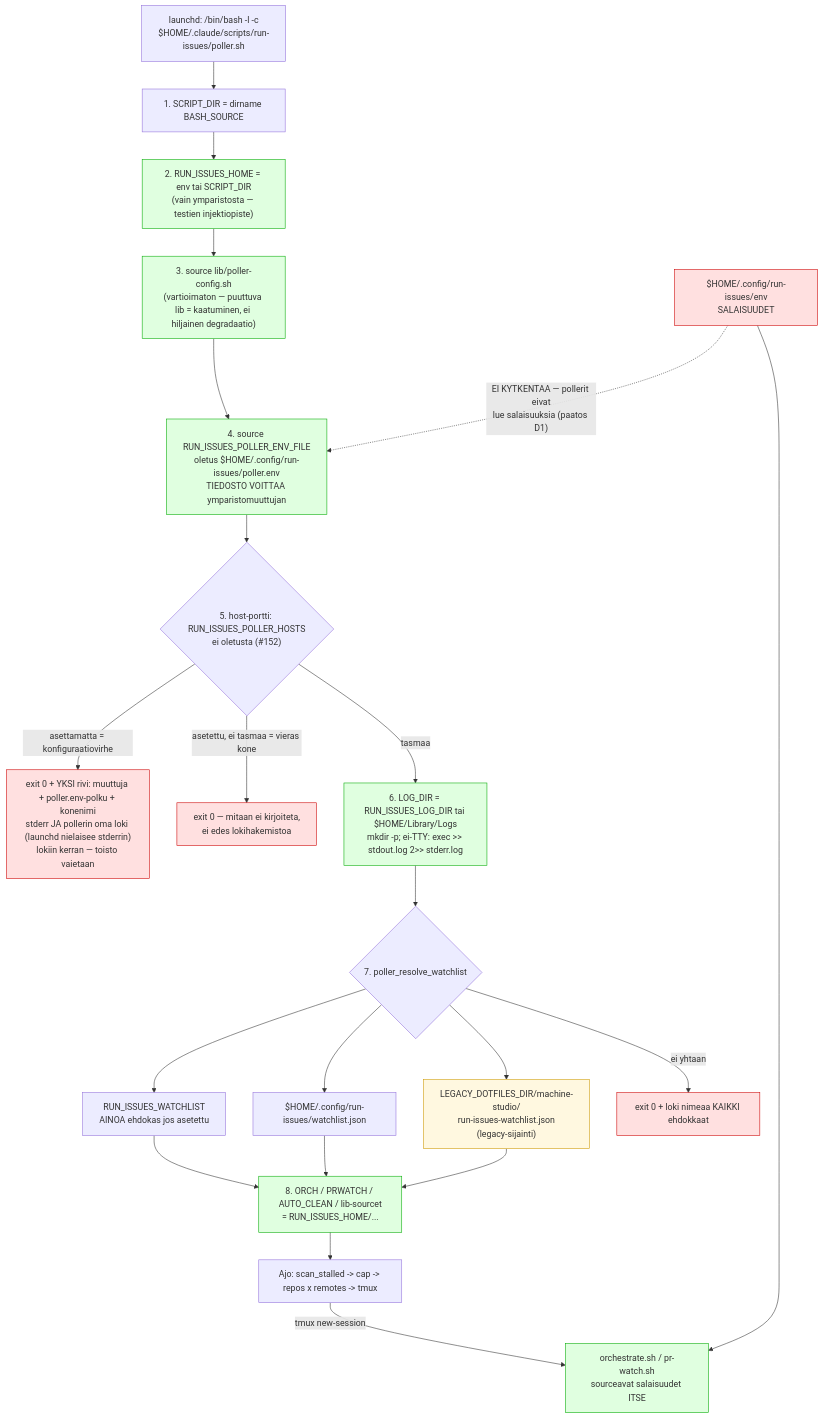
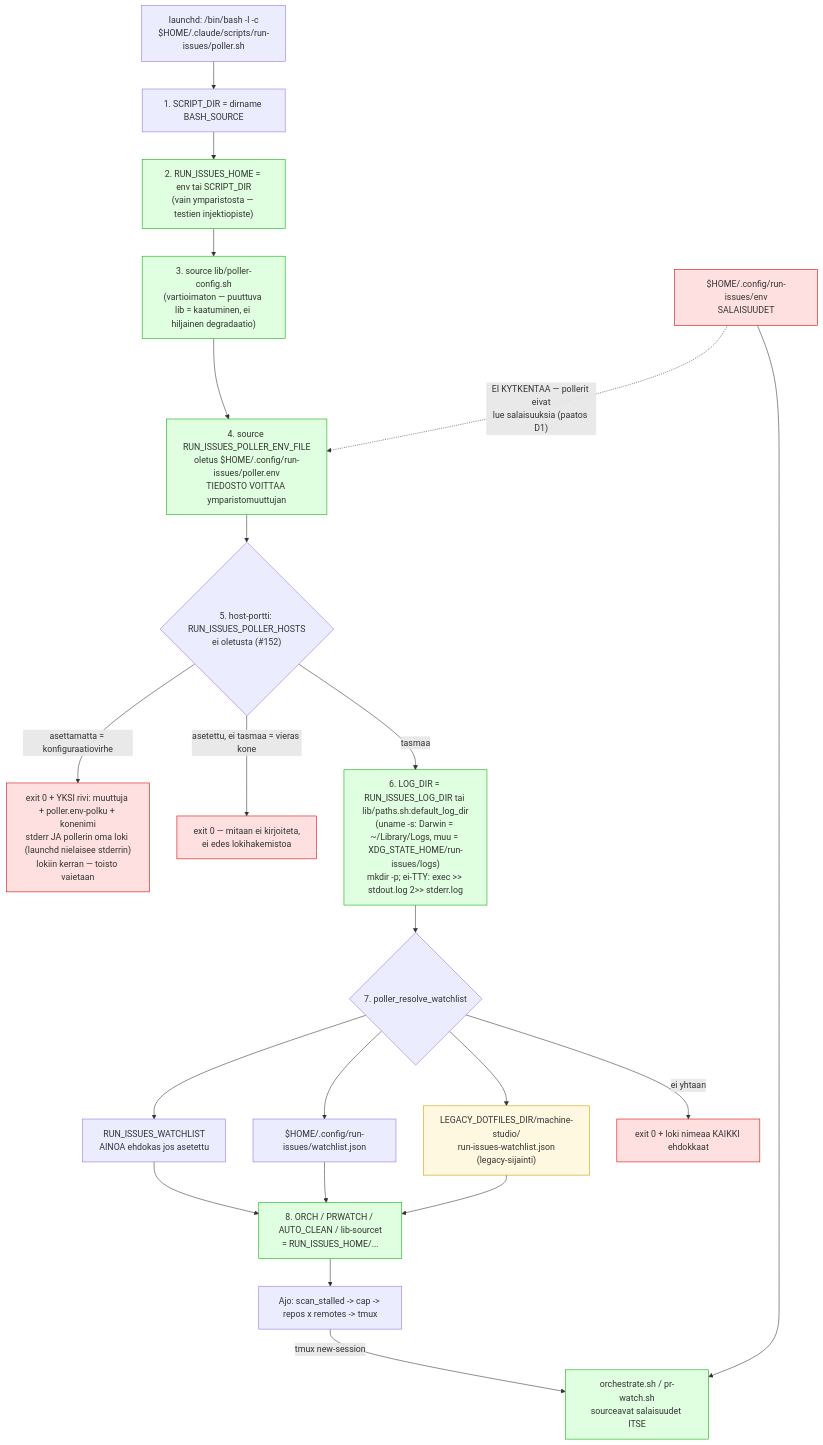
The diagram in docs/diagrams/poller-config-resolution.mmd (Silon-Oy/silon-issue-runner), drawn with Mermaid before and after one commit. The commit also changed 18 other files, not shown here.

```diff
--- a/docs/diagrams/poller-config-resolution.mmd
+++ b/docs/diagrams/poller-config-resolution.mmd
@@ -1,50 +1,50 @@
 %% Author: Architect
 %% Created: 2026-07-31
 %% Topic: Pollerien konfiguraation resolvointijarjestys ja toimituskanava
 %% Task: issue #6 — polkuparametrisointi (RUN_ISSUES_HOME, WATCHLIST, LOG_DIR, POLLER_HOSTS)
 
 flowchart TB
     START["launchd: /bin/bash -l -c<br/>$HOME/.claude/scripts/run-issues/poller.sh"]
 
     S1["1. SCRIPT_DIR = dirname BASH_SOURCE"]
     S2["2. RUN_ISSUES_HOME = env tai SCRIPT_DIR<br/>(vain ymparistosta — testien injektiopiste)"]
     S3["3. source lib/poller-config.sh<br/>(vartioimaton — puuttuva lib = kaatuminen, ei hiljainen degradaatio)"]
     S4["4. source RUN_ISSUES_POLLER_ENV_FILE<br/>oletus $HOME/.config/run-issues/poller.env<br/>TIEDOSTO VOITTAA ymparistomuuttujan"]
     S5{"5. host-portti: RUN_ISSUES_POLLER_HOSTS<br/>ei oletusta (#152)"}
     UNSET["exit 0 + YKSI rivi: muuttuja + poller.env-polku + konenimi<br/>stderr JA pollerin oma loki (launchd nielaisee stderrin)<br/>lokiin kerran — toisto vaietaan"]
     NOOP["exit 0 — mitaan ei kirjoiteta,<br/>ei edes lokihakemistoa"]
-    S6["6. LOG_DIR = RUN_ISSUES_LOG_DIR tai $HOME/Library/Logs<br/>mkdir -p; ei-TTY: exec >> stdout.log 2>> stderr.log"]
+    S6["6. LOG_DIR = RUN_ISSUES_LOG_DIR tai lib/paths.sh:default_log_dir<br/>(uname -s: Darwin = ~/Library/Logs, muu = XDG_STATE_HOME/run-issues/logs)<br/>mkdir -p; ei-TTY: exec >> stdout.log 2>> stderr.log"]
     S7{"7. poller_resolve_watchlist"}
     S8["8. ORCH / PRWATCH / AUTO_CLEAN / lib-sourcet<br/>= RUN_ISSUES_HOME/..."]
     RUN["Ajo: scan_stalled -> cap -> repos x remotes -> tmux"]
 
     WLE["RUN_ISSUES_WATCHLIST<br/>AINOA ehdokas jos asetettu"]
     WLC["$HOME/.config/run-issues/watchlist.json"]
     WLL["LEGACY_DOTFILES_DIR/machine-studio/<br/>run-issues-watchlist.json<br/>(legacy-sijainti)"]
     WLMISS["exit 0 + loki nimeaa KAIKKI ehdokkaat"]
 
     SECRET["$HOME/.config/run-issues/env<br/>SALAISUUDET"]
     CHILD["orchestrate.sh / pr-watch.sh<br/>sourceavat salaisuudet ITSE"]
 
     START --> S1 --> S2 --> S3 --> S4 --> S5
     S5 -->|"asettamatta = konfiguraatiovirhe"| UNSET
     S5 -->|"asetettu, ei tasmaa = vieras kone"| NOOP
     S5 -->|"tasmaa"| S6 --> S7
     S7 --> WLE
     S7 --> WLC
     S7 --> WLL
     S7 -->|"ei yhtaan"| WLMISS
     WLE --> S8
     WLC --> S8
     WLL --> S8
     S8 --> RUN
     RUN -->|tmux new-session| CHILD
     SECRET --> CHILD
     SECRET -.->|"EI KYTKENTAA — pollerit eivat<br/>lue salaisuuksia (paatos D1)"| S4
 
     classDef legacy fill:#fff8e0,stroke:#c90
     classDef safe fill:#e0ffe0,stroke:#0a0
     classDef stop fill:#ffe0e0,stroke:#c00
     class WLL legacy
     class S2,S3,S4,S6,S8,CHILD safe
     class UNSET,NOOP,WLMISS,SECRET stop
```
